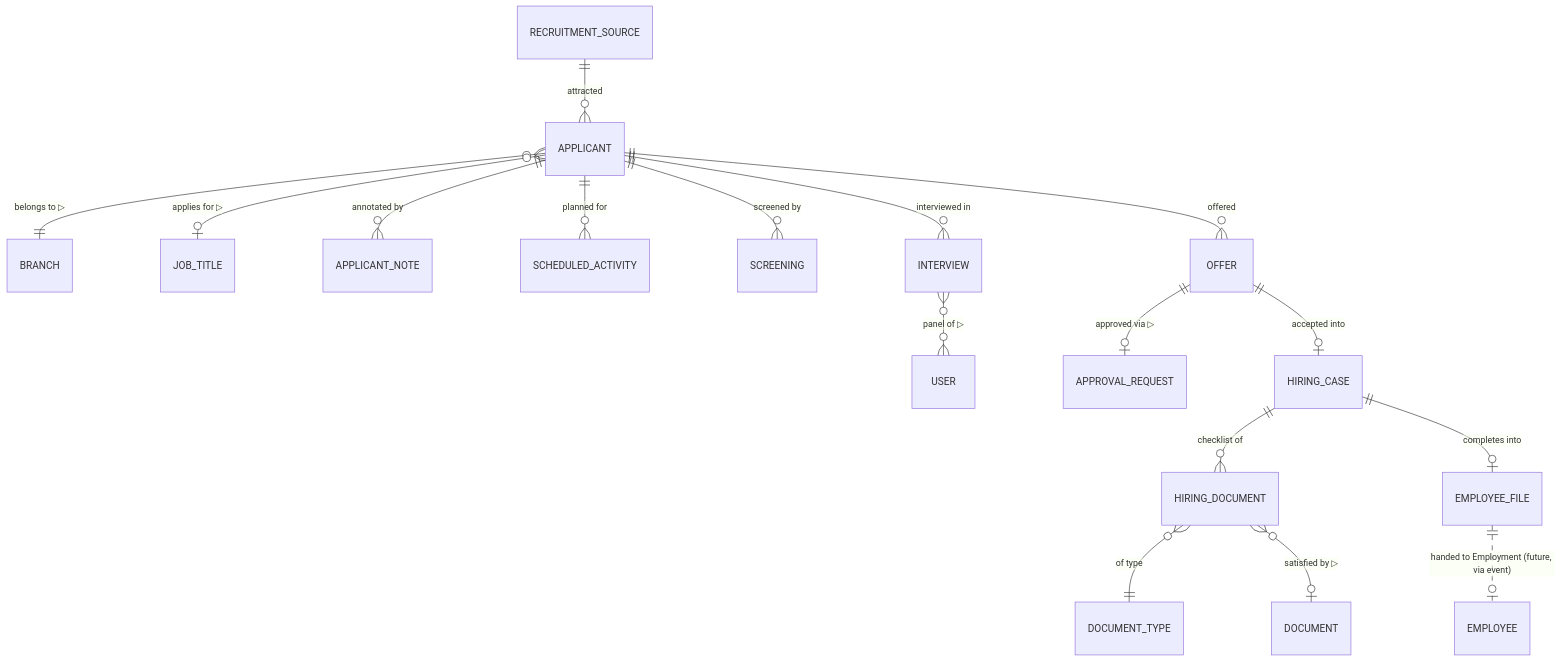
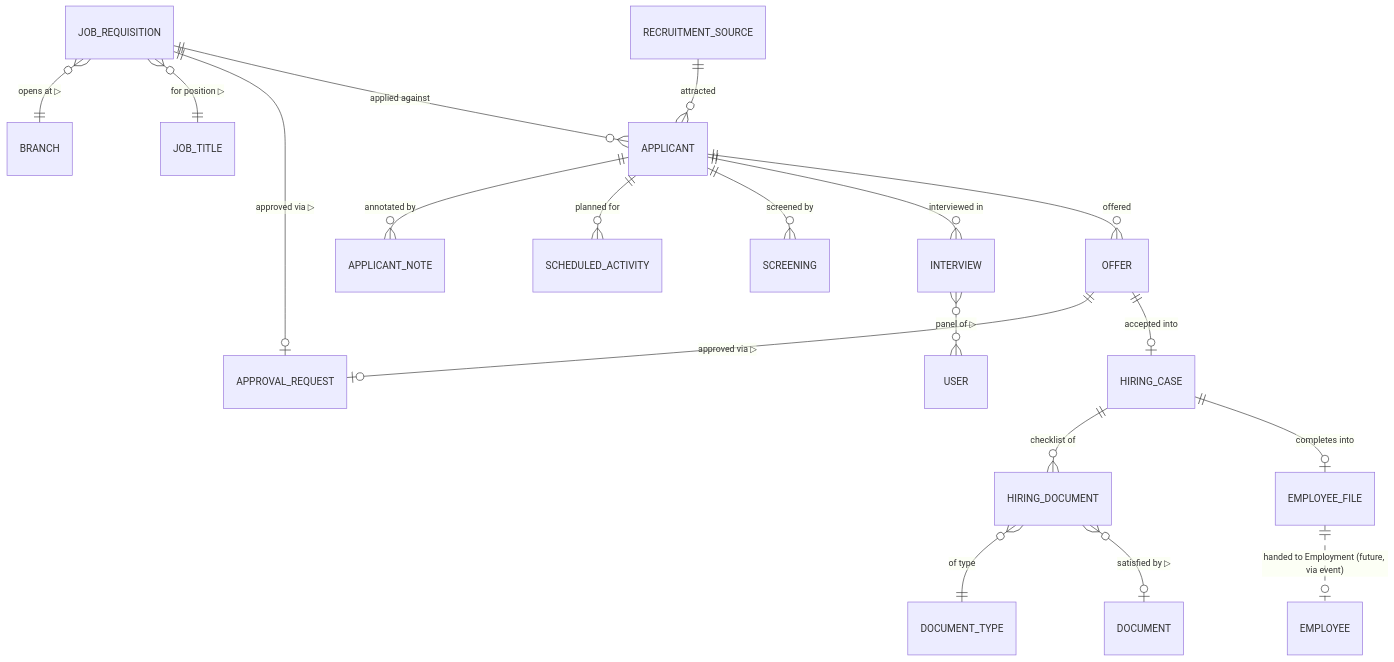
The third of 4 diagrams in docs/01-domain/entity-relationships.md (egycashcompany-ops/egycash), drawn with Mermaid before and after one commit. The commit also changed other lines of this file and 7 other files, not shown here.

````diff
--- a/docs/01-domain/entity-relationships.md
+++ b/docs/01-domain/entity-relationships.md
@@ -67,19 +67,21 @@
 ```mermaid
 erDiagram
+    JOB_REQUISITION }o--|| BRANCH : "opens at ▷"
+    JOB_REQUISITION }o--|| JOB_TITLE : "for position ▷"
+    JOB_REQUISITION ||--o| APPROVAL_REQUEST : "approved via ▷"
+    JOB_REQUISITION ||--o{ APPLICANT : "applied against"
     RECRUITMENT_SOURCE ||--o{ APPLICANT : "attracted"
-    APPLICANT }o--|| BRANCH : "belongs to ▷"
-    APPLICANT }o--o| JOB_TITLE : "applies for ▷"
     APPLICANT ||--o{ APPLICANT_NOTE : "annotated by"
     APPLICANT ||--o{ SCHEDULED_ACTIVITY : "planned for"
     APPLICANT ||--o{ SCREENING : "screened by"
     APPLICANT ||--o{ INTERVIEW : "interviewed in"
     INTERVIEW }o--o{ USER : "panel of ▷"
     APPLICANT ||--o{ OFFER : "offered"
     OFFER ||--o| APPROVAL_REQUEST : "approved via ▷"
     OFFER ||--o| HIRING_CASE : "accepted into"
     HIRING_CASE ||--o{ HIRING_DOCUMENT : "checklist of"
     HIRING_DOCUMENT }o--|| DOCUMENT_TYPE : "of type"
     HIRING_DOCUMENT }o--o| DOCUMENT : "satisfied by ▷"
     HIRING_CASE ||--o| EMPLOYEE_FILE : "completes into"
     EMPLOYEE_FILE ||..o| EMPLOYEE : "handed to Employment (future, via event)"
 ```
````
